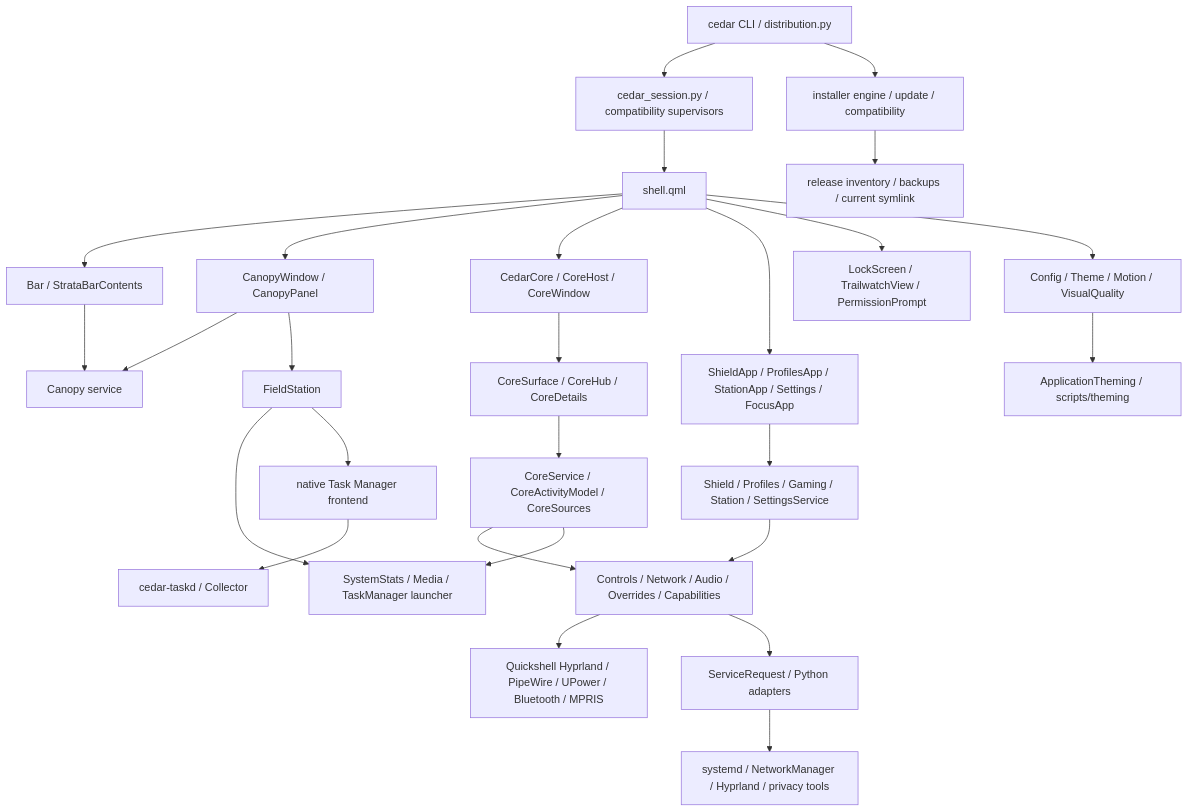
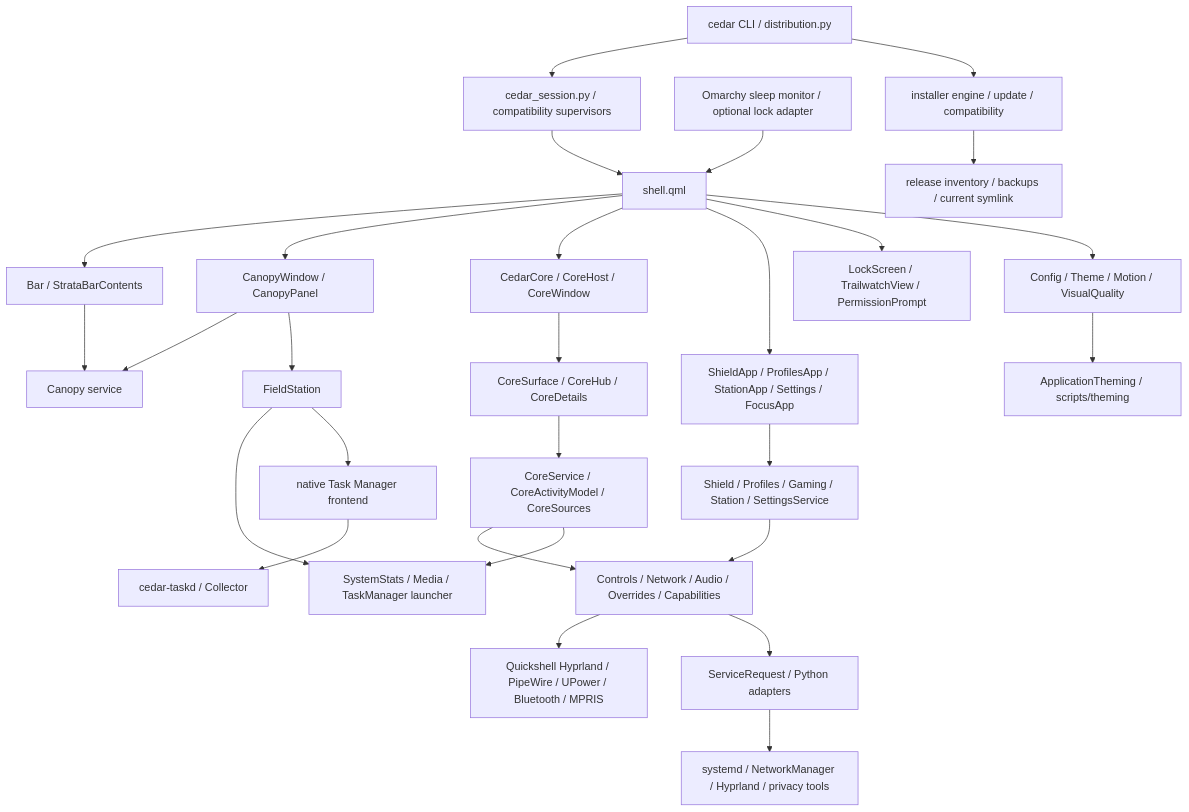
Before and after one commit to EMQOutlaw/Cedar-Shell: the diagram in docs/architecture.md, drawn with Mermaid. The commit also changed other lines of this file and 5 other files, not shown here.

````diff
--- a/docs/architecture.md
+++ b/docs/architecture.md
@@ -33,29 +34,30 @@
 ```mermaid
 flowchart TD
     CLI[cedar CLI / distribution.py] --> Session[cedar_session.py / compatibility supervisors]
     Session --> Shell[shell.qml]
     Shell --> Bar[Bar / StrataBarContents]
     Shell --> Canopy[CanopyWindow / CanopyPanel]
     Shell --> Core[CedarCore / CoreHost / CoreWindow]
     Shell --> Apps[ShieldApp / ProfilesApp / StationApp / Settings / FocusApp]
     Shell --> Lock[LockScreen / TrailwatchView / PermissionPrompt]
+    Sleep[Omarchy sleep monitor / optional lock adapter] --> Shell
     Bar --> CanopyState[Canopy service]
     Canopy --> CanopyState
     Canopy --> Field[FieldStation]
     Core --> Signals[CoreSurface / CoreHub / CoreDetails]
     Signals --> CoreState[CoreService / CoreActivityModel / CoreSources]
     Field --> Stats[SystemStats / Media / TaskManager launcher]
     Apps --> State[Shield / Profiles / Gaming / Station / SettingsService]
     State --> Shared[Controls / Network / Audio / Overrides / Capabilities]
     CoreState --> Shared
     CoreState --> Stats
     Shared --> Native[Quickshell Hyprland / PipeWire / UPower / Bluetooth / MPRIS]
     Shared --> Requests[ServiceRequest / Python adapters]
     Requests --> Platform[systemd / NetworkManager / Hyprland / privacy tools]
     Field --> TM[native Task Manager frontend]
     TM --> Taskd[cedar-taskd / Collector]
     Shell --> Theme[Config / Theme / Motion / VisualQuality]
     Theme --> Theming[ApplicationTheming / scripts/theming]
     CLI --> Install[installer engine / update / compatibility]
     Install --> Store[release inventory / backups / current symlink]
 ```
````
